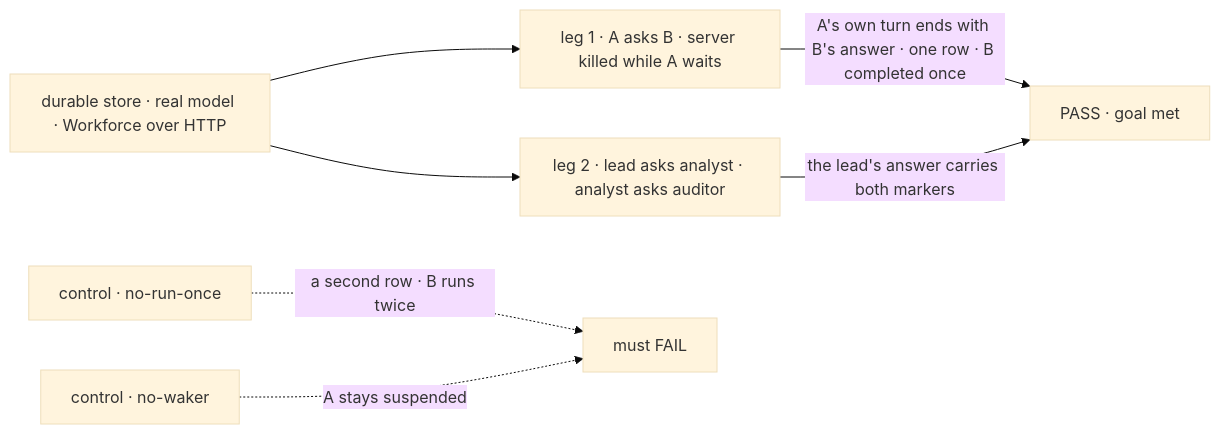
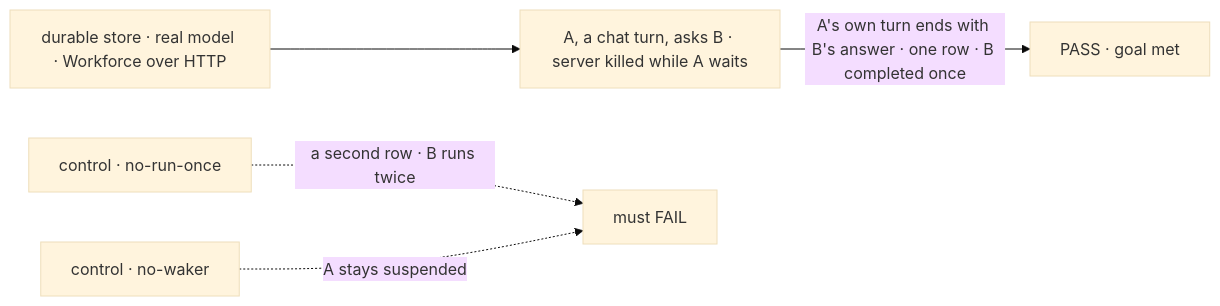
Before and after one commit to fixpoint-labs/flow-state-dev: the first of 2 diagrams in specs/issues/FIX-1816/SPEC.md, drawn with Mermaid (base theme). The commit also changed other lines of this file and 6 other files, not shown here.

````diff
--- a/specs/issues/FIX-1816/SPEC.md
+++ b/specs/issues/FIX-1816/SPEC.md
@@ -30,9 +30,7 @@
 ```mermaid
 flowchart LR
-  F["durable store · real model · Workforce over HTTP"] --> A["leg 1 · A asks B · server killed while A waits"]
-  F --> N["leg 2 · lead asks analyst · analyst asks auditor"]
+  F["durable store · real model · Workforce over HTTP"] --> A["A, a chat turn, asks B · server killed while A waits"]
   A -->|"A's own turn ends with B's answer · one row · B completed once"| P["PASS · goal met"]
-  N -->|"the lead's answer carries both markers"| P
   C1["control · no-run-once"] -.->|"a second row · B runs twice"| X["must FAIL"]
   C2["control · no-waker"] -.->|"A stays suspended"| X
 ```
````
